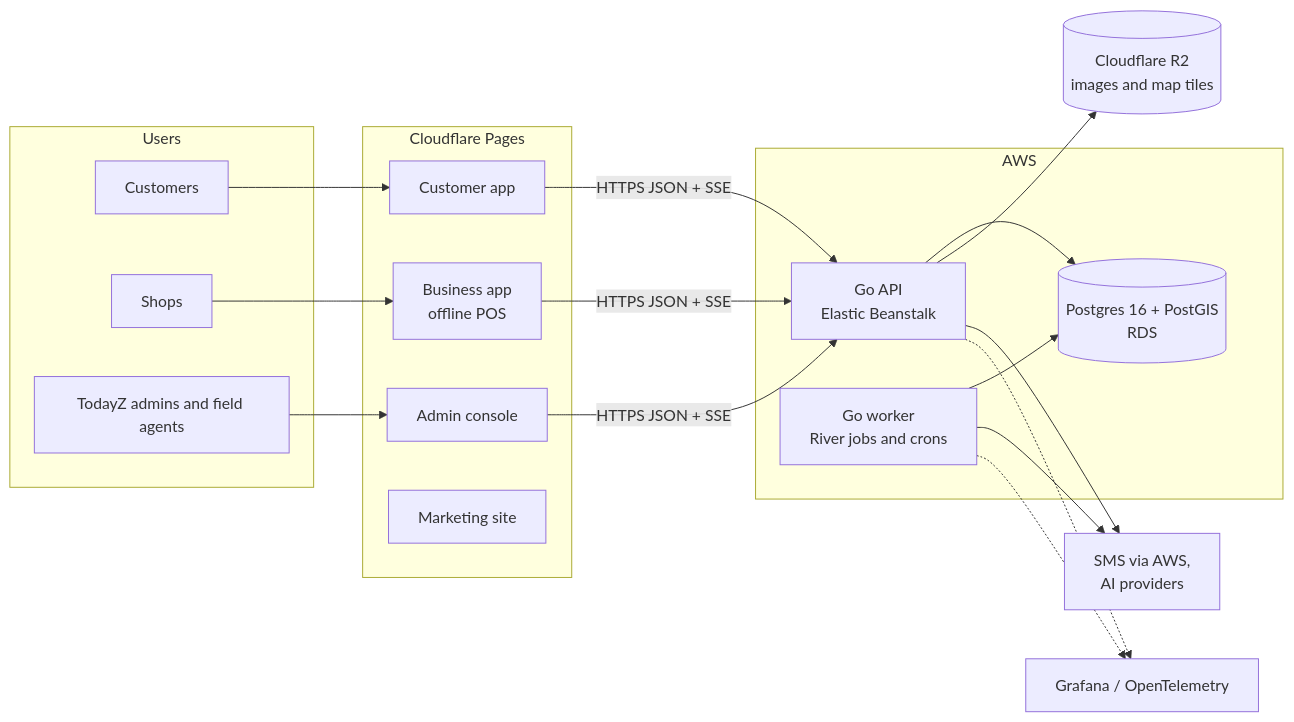
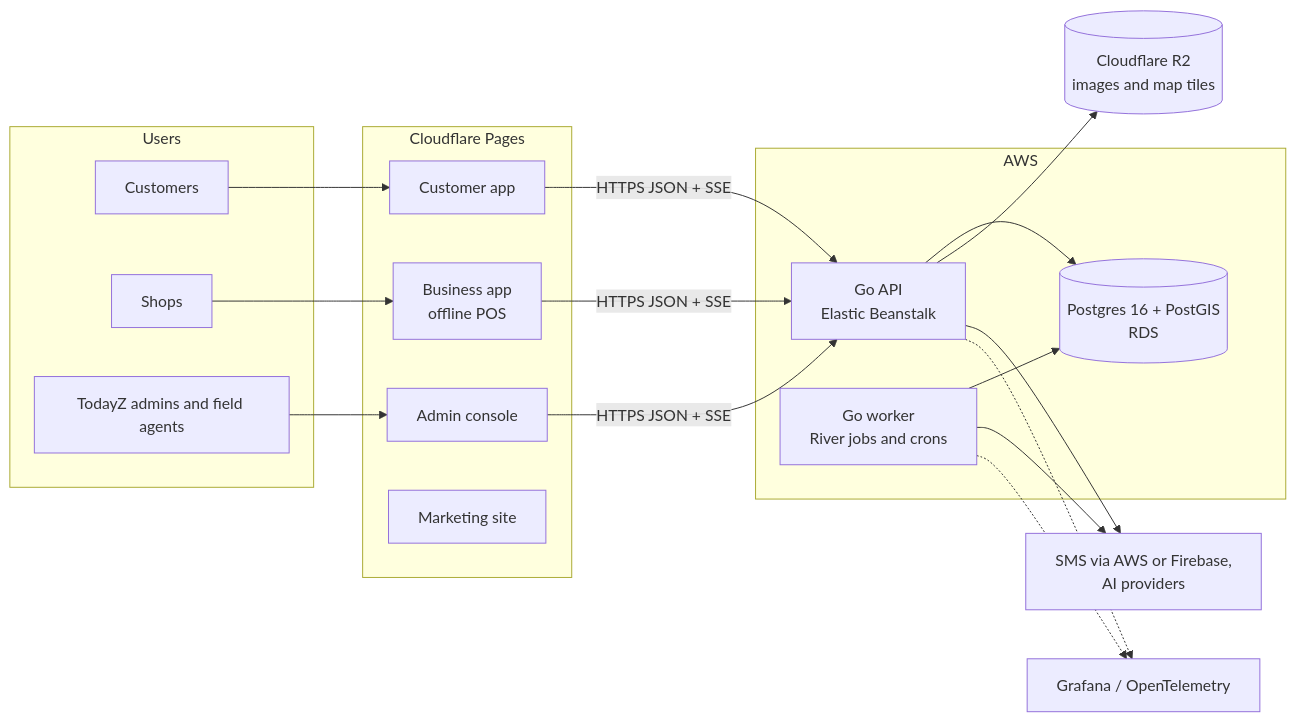
Before and after one commit to todayzmart/todayz: the diagram in README.md, drawn with Mermaid. The commit also changed other lines of this file and 49 other files, not shown here.

````diff
--- a/README.md
+++ b/README.md
@@ -19,32 +19,32 @@
 ```mermaid
 flowchart LR
   subgraph Users
     C[Customers]
     S[Shops]
     A[TodayZ admins and field agents]
   end
   subgraph CF[Cloudflare Pages]
     CA[Customer app]
     BA[Business app<br/>offline POS]
     AC[Admin console]
     SI[Marketing site]
   end
   subgraph AWS
     API[Go API<br/>Elastic Beanstalk]
     W[Go worker<br/>River jobs and crons]
     DB[(Postgres 16 + PostGIS<br/>RDS)]
   end
   R2[(Cloudflare R2<br/>images and map tiles)]
-  EXT[SMS via AWS,<br/>AI providers]
+  EXT[SMS via AWS or Firebase,<br/>AI providers]
   OBS[Grafana / OpenTelemetry]
   C --> CA
   S --> BA
   A --> AC
   CA & BA & AC -->|HTTPS JSON + SSE| API
   API --> DB
   W --> DB
   API --> R2
   W --> EXT
   API --> EXT
   API & W -.-> OBS
 ```
````
